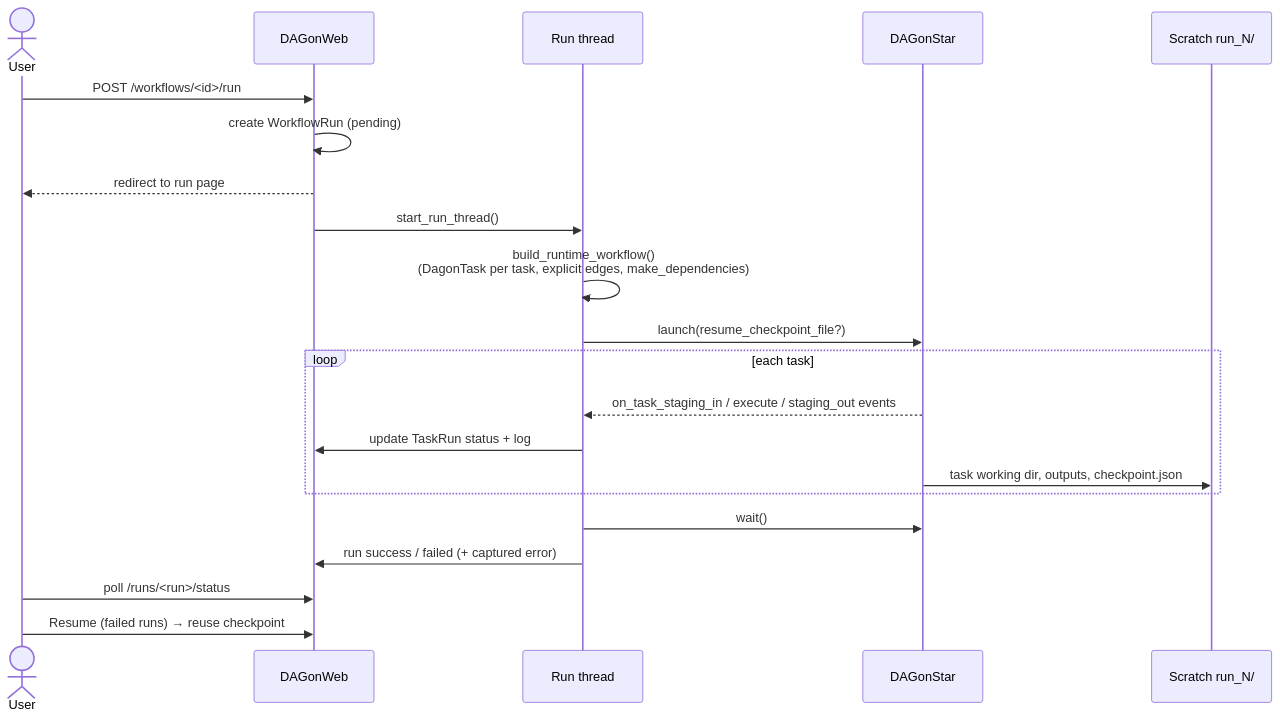
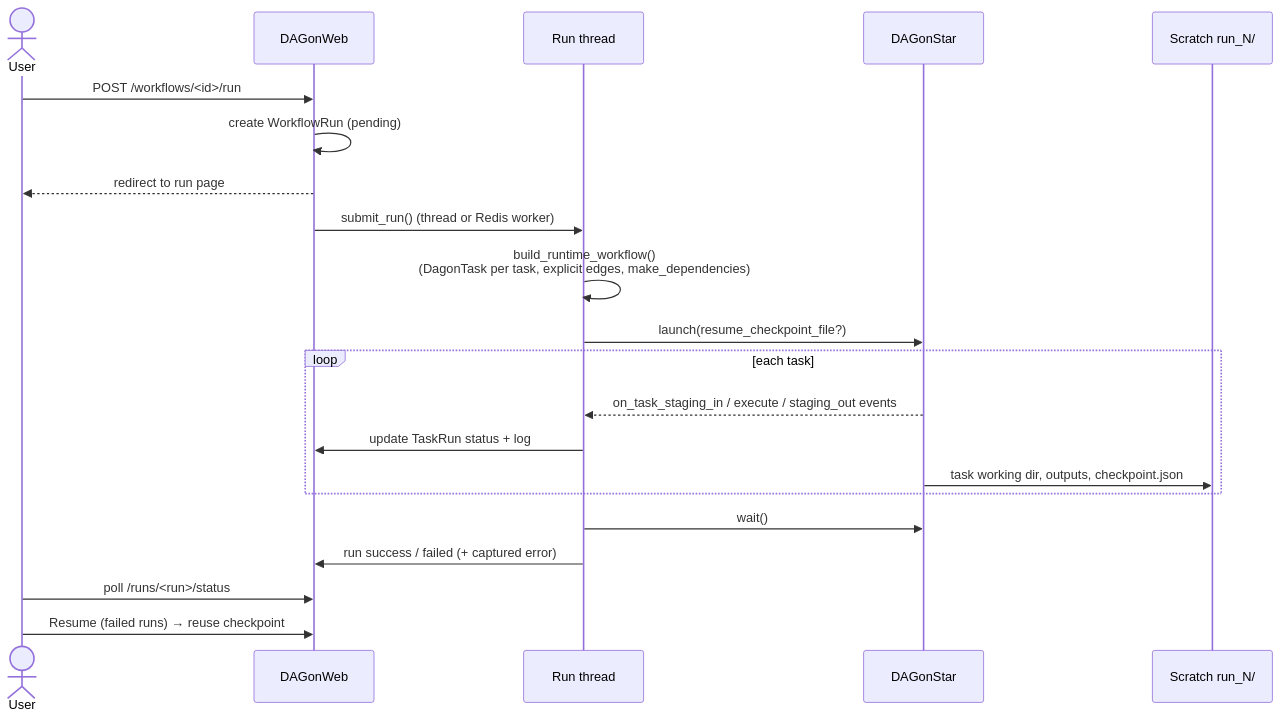
One commit to DagOnStar/DAGonWeb changed the second of 4 diagrams in README.md. Above: the diagram before and after it, drawn with Mermaid. The commit also changed other lines of this file and 82 other files, not shown here.

````diff
--- a/README.md
+++ b/README.md
@@ -93,24 +107,24 @@
 ```mermaid
 sequenceDiagram
     actor U as User
     participant W as DAGonWeb
     participant T as Run thread
     participant D as DAGonStar
     participant S as Scratch run_N/
 
     U->>W: POST /workflows/<id>/run
     W->>W: create WorkflowRun (pending)
     W-->>U: redirect to run page
-    W->>T: start_run_thread()
+    W->>T: submit_run() (thread or Redis worker)
     T->>T: build_runtime_workflow()<br/>(DagonTask per task, explicit edges, make_dependencies)
     T->>D: launch(resume_checkpoint_file?)
     loop each task
         D-->>T: on_task_staging_in / execute / staging_out events
         T->>W: update TaskRun status + log
         D->>S: task working dir, outputs, checkpoint.json
     end
     T->>D: wait()
     T->>W: run success / failed (+ captured error)
     U->>W: poll /runs/<run>/status
     U->>W: Resume (failed runs) → reuse checkpoint
 ```
````
